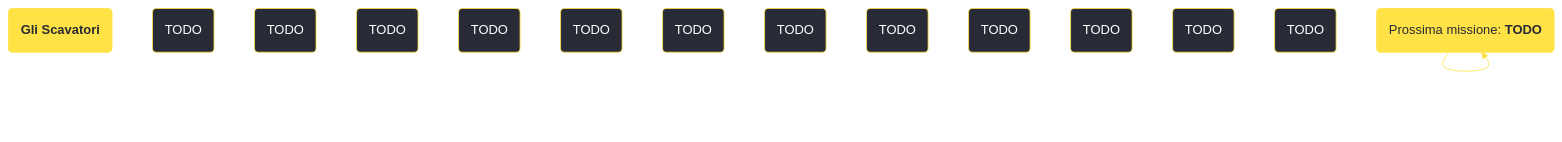
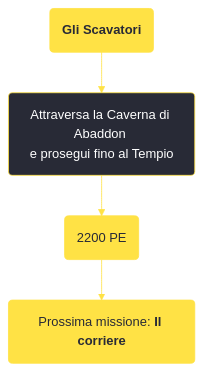
The diagram in content/voci/fallout new vegas/missioni/Gli Scavatori.md (persy/wastelander), drawn with Mermaid before and after one commit. The commit also changed 174 other files, not shown here.

````diff
--- a/content/voci/fallout new vegas/missioni/Gli Scavatori.md
+++ b/content/voci/fallout new vegas/missioni/Gli Scavatori.md
@@ -32,24 +32,14 @@
 ```mermaid
 %%{init: {'theme': 'base', 'themeVariables': { 'primaryColor': '#282a36', 'primaryBorderColor': '#ffe245', 'primaryTextColor': '#fff', 'lineColor': '#ffe245', 'fontFamily': 'Jura'}}}%%
 graph TD;
     id1(<b>Gli Scavatori</b>):::questfnv
-    id2(TODO)
-    id3(TODO)
-    id4(TODO)
-    id5(TODO)
-    id6(TODO)
-    id7(TODO) 
-    id8(TODO)
-    id9(TODO)
-    id10(TODO)
-    id11(TODO)
-    id12(TODO)
-    id13(TODO) 
-    id(TODO):::rewardfnv
-    id(Prossima missione: <b>TODO</b>):::questfnv
-    id-->id-->id-->id-->id-->id-->id
+    id2(Attraversa la Caverna di Abaddon <br />e prosegui fino al Tempio)
+    id3(2200 PE):::rewardfnv
+    id4(Prossima missione: <b>Il corriere</b>):::questfnv
     
-    click id "../TODO"
+    id1-->id2-->id3-->id4
+    
+    click id "../il-corriere"
     classDef rewardfnv fill:#ffe245, stroke:#ffe245, color:#282a36;
     classDef questfnv fill:#ffe245, stroke:#ffe245, color:#282a36;
 ```
````
